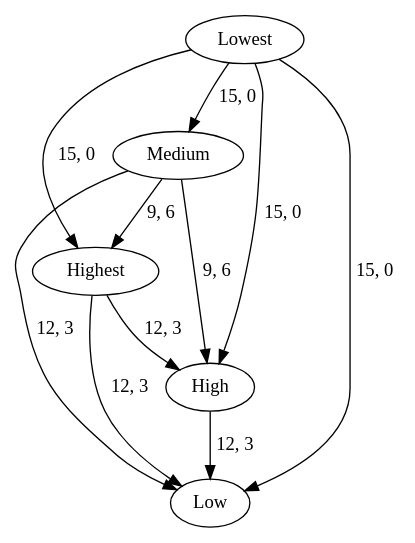
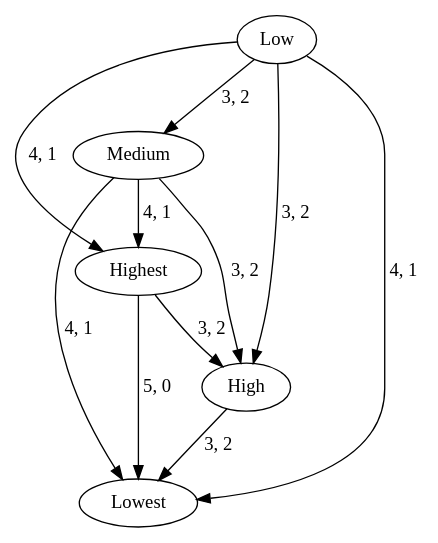
The diagram in Program3/graphImages/sameWeightPref.gv (efair4/CS5110), drawn with Graphviz before and after one commit. The commit also changed 10 other files, not shown here.

```diff
--- a/Program3/graphImages/sameWeightPref.gv
+++ b/Program3/graphImages/sameWeightPref.gv
@@ -1,17 +1,17 @@
 digraph {
 	Highest
 	High
 	Medium
 	Low
 	Lowest
-	Highest -> High [label="12, 3" weight=12]
-	Medium -> Highest [label="9, 6" weight=9]
-	Highest -> Low [label="12, 3" weight=12]
-	Lowest -> Highest [label="15, 0" weight=15]
-	Medium -> High [label="9, 6" weight=9]
-	High -> Low [label="12, 3" weight=12]
-	Lowest -> High [label="15, 0" weight=15]
-	Medium -> Low [label="12, 3" weight=12]
-	Lowest -> Medium [label="15, 0" weight=15]
-	Lowest -> Low [label="15, 0" weight=15]
+	Highest -> High [label="3, 2" weight=3]
+	Medium -> Highest [label="4, 1" weight=4]
+	Low -> Highest [label="4, 1" weight=4]
+	Highest -> Lowest [label="5, 0" weight=5]
+	Medium -> High [label="3, 2" weight=3]
+	Low -> High [label="3, 2" weight=3]
+	High -> Lowest [label="3, 2" weight=3]
+	Low -> Medium [label="3, 2" weight=3]
+	Medium -> Lowest [label="4, 1" weight=4]
+	Low -> Lowest [label="4, 1" weight=4]
 }
```
